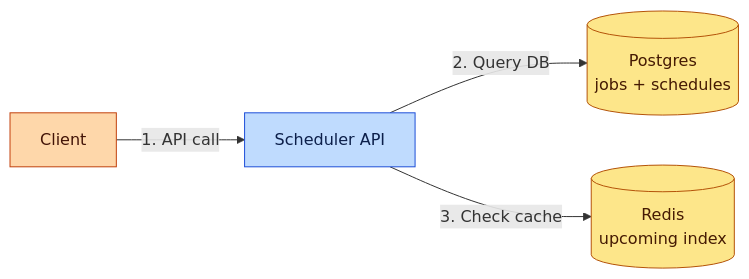
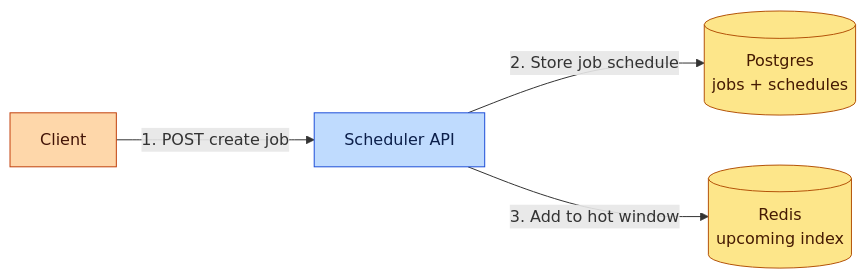
Before and after one commit to iluzn/HLD-Designs: the third of 11 diagrams in content/hld/JobScheduler.md, drawn with Mermaid. The commit also changed other lines of this file and 27 other files, not shown here.

````diff
--- a/content/hld/JobScheduler.md
+++ b/content/hld/JobScheduler.md
@@ -260,15 +260,15 @@
 ```mermaid
 flowchart LR
     CLIENT["Client"]:::client
     API["Scheduler API"]:::edge
     DB[("Postgres<br/>jobs + schedules")]:::data
     CACHE[("Redis<br/>upcoming index")]:::data
 
-    CLIENT -->|"1. API call"| API
-    API -->|"2. Query DB"| DB
-    API -->|"3. Check cache"| CACHE
+    CLIENT -->|"1. POST create job"| API
+    API -->|"2. Store job schedule"| DB
+    API -->|"3. Add to hot window"| CACHE
 
     classDef client fill:#fed7aa,stroke:#c2410c,color:#431407
     classDef edge fill:#bfdbfe,stroke:#1d4ed8,color:#0c1f4a
     classDef data fill:#fde68a,stroke:#b45309,color:#451a03
 ```
````
